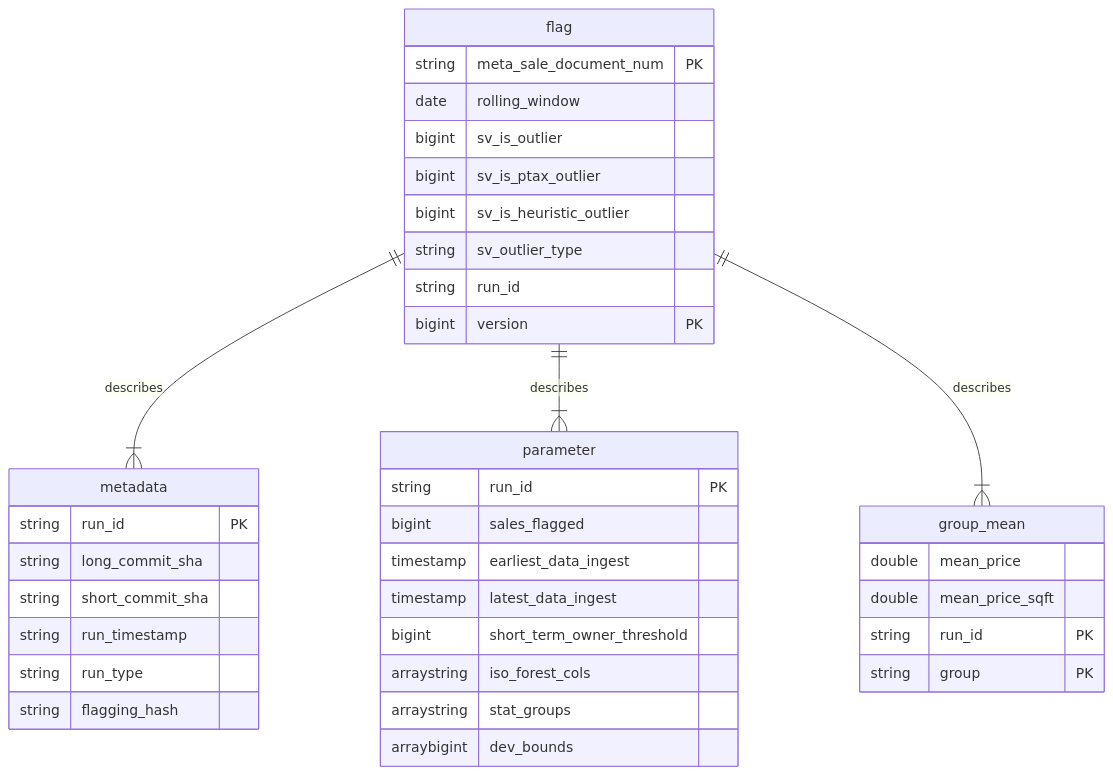
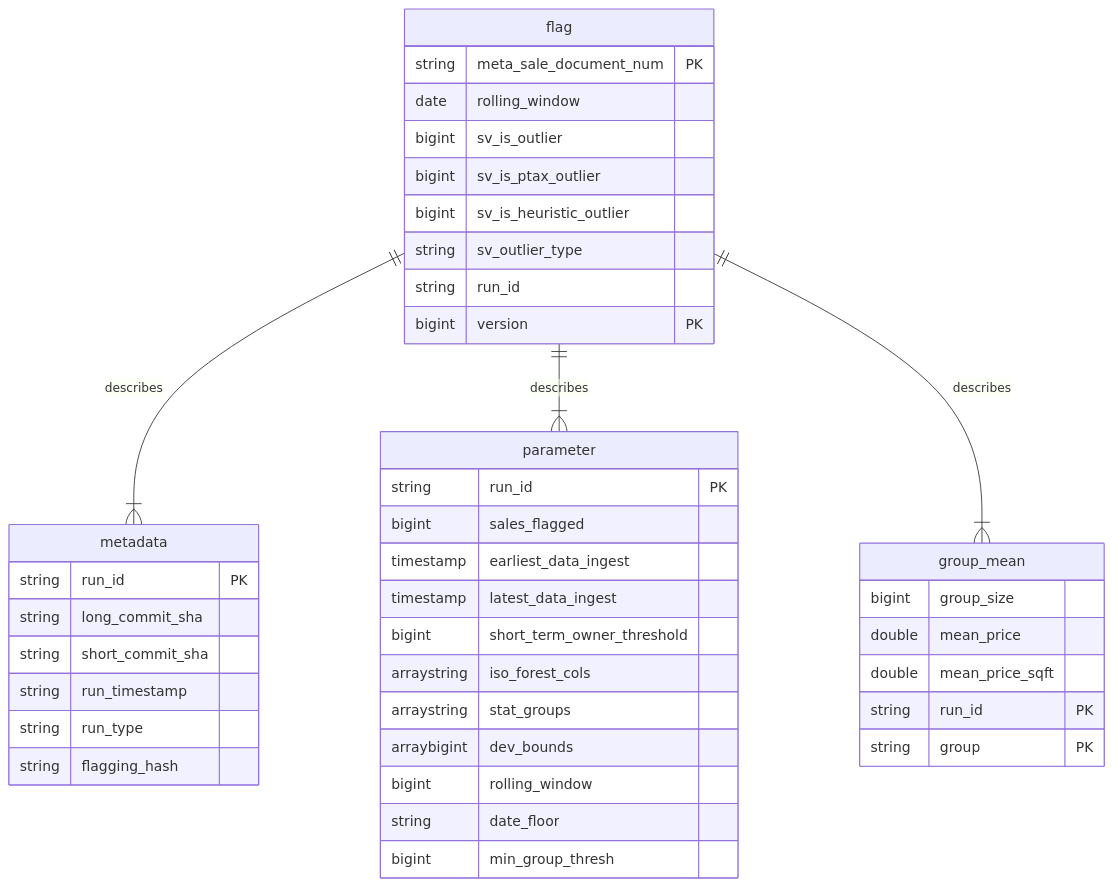
One commit to ccao-data/model-sales-val changed the second of 2 diagrams in README.md. Above: the diagram before and after it, drawn with Mermaid. The commit also changed 7 other files, not shown here.

````diff
--- a/README.md
+++ b/README.md
@@ -58,43 +58,47 @@
 ``` mermaid
 erDiagram
     flag ||--|{ metadata : describes
     flag ||--|{ parameter : describes
     flag ||--|{ group_mean : describes
     
     flag {
         string meta_sale_document_num PK
         date rolling_window
         bigint sv_is_outlier
         bigint sv_is_ptax_outlier
         bigint sv_is_heuristic_outlier
         string sv_outlier_type
         string run_id 
         bigint version PK
 
     }
     metadata {
         string run_id PK
         string long_commit_sha
         string short_commit_sha
         string run_timestamp
         string run_type
         string flagging_hash
     }
     parameter {
         string run_id PK
         bigint sales_flagged
         timestamp earliest_data_ingest
         timestamp latest_data_ingest 
         bigint short_term_owner_threshold
         arraystring iso_forest_cols
         arraystring stat_groups
         arraybigint dev_bounds
+        bigint rolling_window
+        string date_floor
+        bigint min_group_thresh
     }
 
     group_mean {
+        bigint group_size
         double mean_price
         double mean_price_sqft
         string run_id PK
         string group PK
     }
 ```
````
